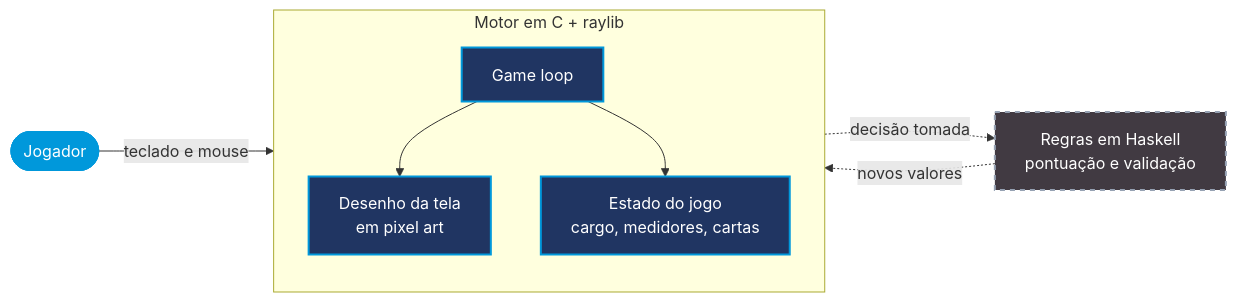
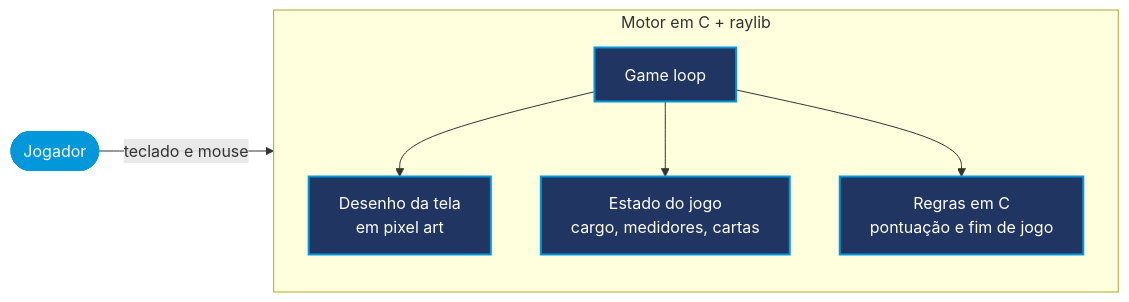
Before and after one commit to cms7-bot/else: the second of 2 diagrams in README.md, drawn with Mermaid. The commit also changed other lines of this file and 2 other files, not shown here.

````diff
--- a/README.md
+++ b/README.md
@@ -50,20 +49,16 @@
 ```mermaid
 flowchart LR
     J([Jogador]) -- teclado e mouse --> M
 
     subgraph M[Motor em C + raylib]
         L[Game loop] --> R[Desenho da tela<br>em pixel art]
         L --> E[Estado do jogo<br>cargo, medidores, cartas]
+        L --> H[Regras em C<br>pontuação e fim de jogo]
     end
 
-    M -. decisão tomada .-> H[Regras em Haskell<br>pontuação e validação]
-    H -. novos valores .-> M
-
     classDef camada fill:#203562,stroke:#0098DB,stroke-width:2px,color:#ffffff
-    classDef futuro fill:#413A42,stroke:#96A2B3,stroke-width:2px,stroke-dasharray:5 5,color:#ffffff
     classDef jogador fill:#0098DB,stroke:#0098DB,color:#ffffff
 
-    class L,R,E camada
-    class H futuro
+    class L,R,E,H camada
     class J jogador
 ```
````
